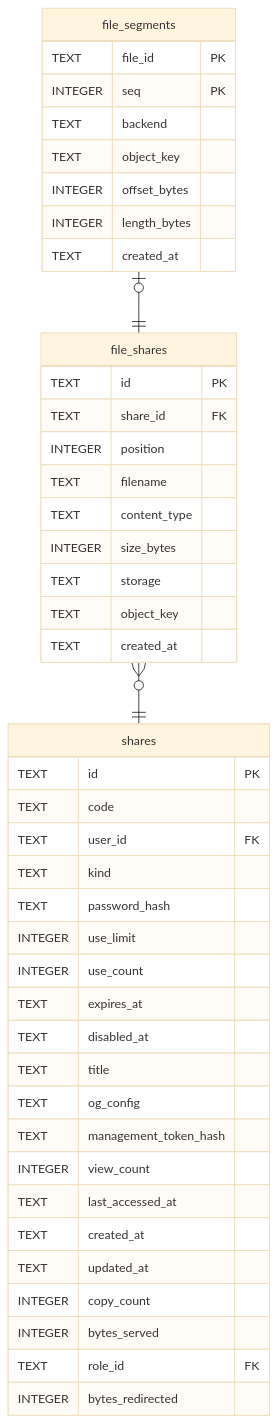
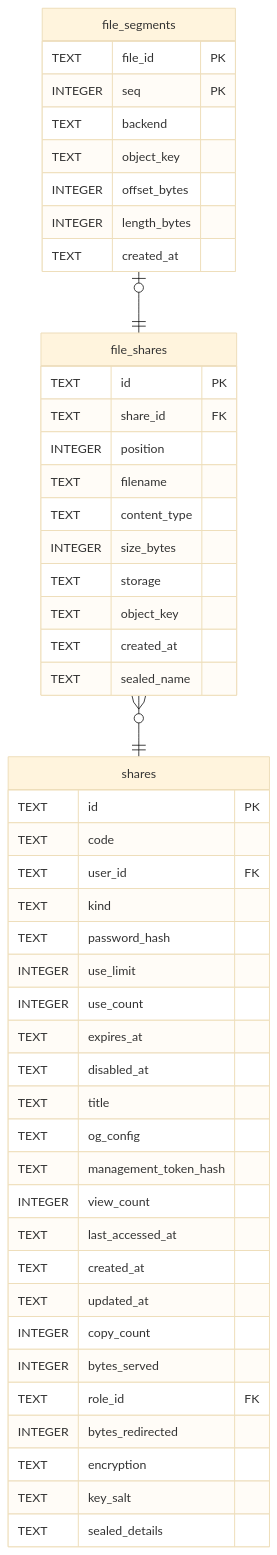
The diagram in docs/schema/file_shares.md (Limatura/tessera), drawn with Mermaid (base theme) before and after one commit. The commit also changed other lines of this file and 38 other files, not shown here.

````diff
--- a/docs/schema/file_shares.md
+++ b/docs/schema/file_shares.md
@@ -61,49 +62,53 @@
 ```mermaid
 erDiagram
 
 "file_segments" |o--|| "file_shares" : ""
 "file_shares" }o--|| "shares" : ""
 
 "file_shares" {
   TEXT id PK
   TEXT share_id FK
   INTEGER position
   TEXT filename
   TEXT content_type
   INTEGER size_bytes
   TEXT storage
   TEXT object_key
   TEXT created_at
+  TEXT sealed_name
 }
 "file_segments" {
   TEXT file_id PK
   INTEGER seq PK
   TEXT backend
   TEXT object_key
   INTEGER offset_bytes
   INTEGER length_bytes
   TEXT created_at
 }
 "shares" {
   TEXT id PK
   TEXT code
   TEXT user_id FK
   TEXT kind
   TEXT password_hash
   INTEGER use_limit
   INTEGER use_count
   TEXT expires_at
   TEXT disabled_at
   TEXT title
   TEXT og_config
   TEXT management_token_hash
   INTEGER view_count
   TEXT last_accessed_at
   TEXT created_at
   TEXT updated_at
   INTEGER copy_count
   INTEGER bytes_served
   TEXT role_id FK
   INTEGER bytes_redirected
+  TEXT encryption
+  TEXT key_salt
+  TEXT sealed_details
 }
 ```
````
